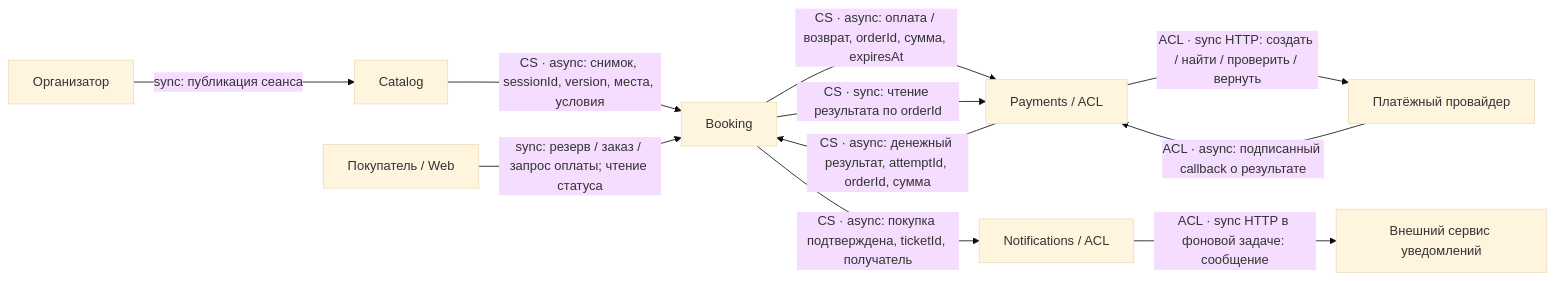
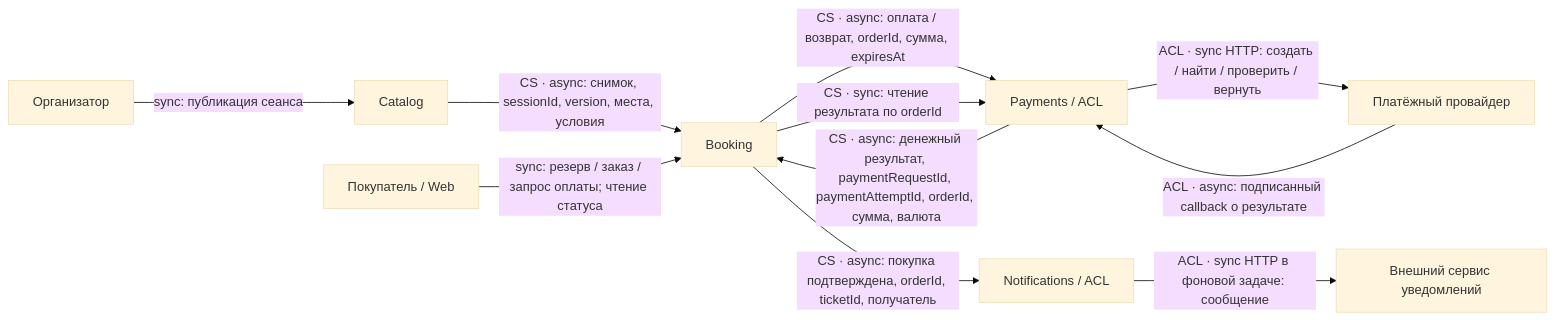
Before and after one commit to TIR44/event-ticket-booking: the first of 2 diagrams in docs/domain-model.md, drawn with Mermaid (base theme). The commit also changed 5 other files, not shown here.

First line of the commit message:
Согласовал имена идентификаторов, словарь и контекстную схему

````diff
--- a/docs/domain-model.md
+++ b/docs/domain-model.md
@@ -36,22 +36,22 @@
 ```mermaid
 flowchart LR
     organizer["Организатор"]
     buyer["Покупатель / Web"]
     catalog["Catalog"]
     booking["Booking"]
     payments["Payments / ACL"]
     notifications["Notifications / ACL"]
     provider["Платёжный провайдер"]
     delivery["Внешний сервис уведомлений"]
 
     organizer -->|"sync: публикация сеанса"| catalog
     catalog -->|"CS · async: снимок, sessionId, version, места, условия"| booking
     buyer -->|"sync: резерв / заказ / запрос оплаты; чтение статуса"| booking
     booking -->|"CS · async: оплата / возврат, orderId, сумма, expiresAt"| payments
     booking -->|"CS · sync: чтение результата по orderId"| payments
-    payments -->|"CS · async: денежный результат, attemptId, orderId, сумма"| booking
-    booking -->|"CS · async: покупка подтверждена, ticketId, получатель"| notifications
+    payments -->|"CS · async: денежный результат, paymentRequestId, paymentAttemptId, orderId, сумма, валюта"| booking
+    booking -->|"CS · async: покупка подтверждена, orderId, ticketId, получатель"| notifications
     payments -->|"ACL · sync HTTP: создать / найти / проверить / вернуть"| provider
     provider -->|"ACL · async: подписанный callback о результате"| payments
     notifications -->|"ACL · sync HTTP в фоновой задаче: сообщение"| delivery
 ```
````
